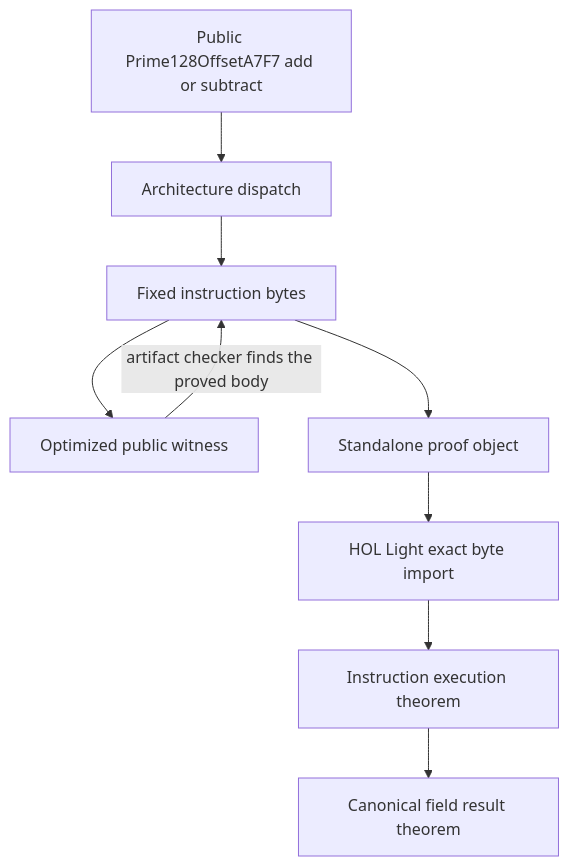
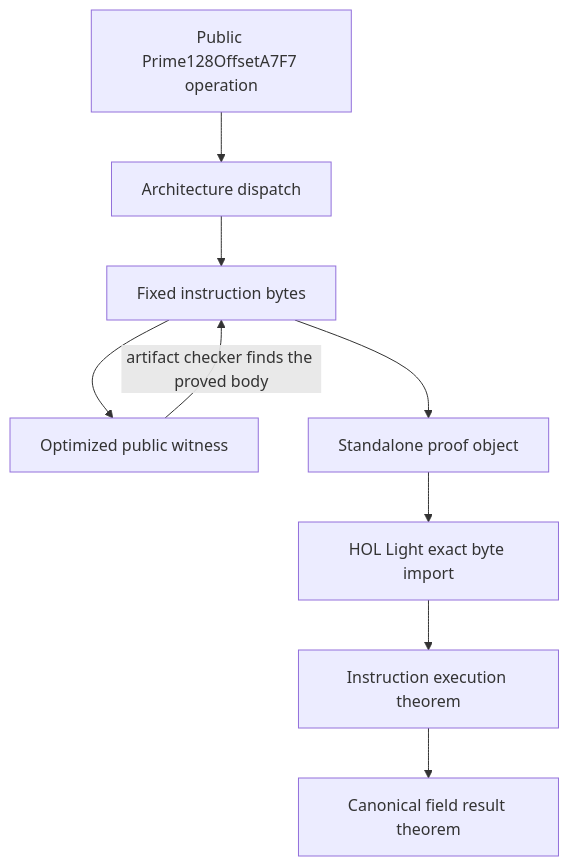
The diagram in book/src/how/formal-verification/field-kernels.md (a16z/jolt), drawn with Mermaid before and after one commit. The commit also changed other lines of this file and 15 other files, not shown here.

````diff
--- a/book/src/how/formal-verification/field-kernels.md
+++ b/book/src/how/formal-verification/field-kernels.md
@@ -20,20 +21,20 @@
 ```mermaid
 flowchart TD
-    Public[Public Prime128OffsetA7F7 add or subtract]
+    Public[Public Prime128OffsetA7F7 operation]
     Dispatch[Architecture dispatch]
     Body[Fixed instruction bytes]
     Witness[Optimized public witness]
     Object[Standalone proof object]
     Import[HOL Light exact byte import]
     Execute[Instruction execution theorem]
     Result[Canonical field result theorem]
 
     Public --> Dispatch
     Dispatch --> Body
     Body --> Witness
     Body --> Object
     Witness -->|artifact checker finds the proved body| Body
     Object --> Import
     Import --> Execute
     Execute --> Result
 ```
````
